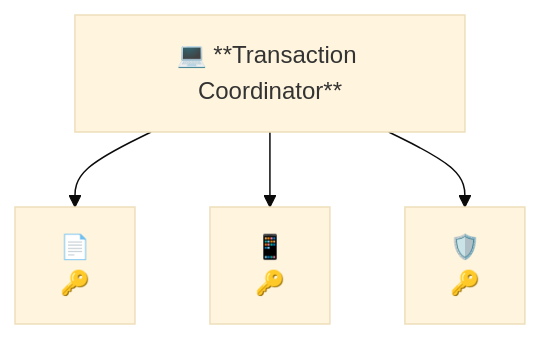
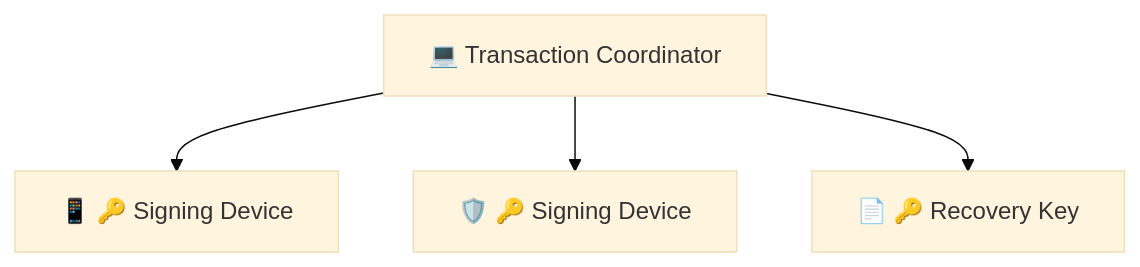
Before and after one commit to BlockchainCommons/SmartCustody: the first of 16 diagrams in Docs/Scenario-Multisig.md, drawn with Mermaid.

````diff
--- a/Docs/Scenario-Multisig.md
+++ b/Docs/Scenario-Multisig.md
@@ -18,14 +18,11 @@
 ```mermaid
 %%{init: {'theme': 'base', 'themeVariables': { 'fontSize': '50'}}}%%
     graph TD;
-    A["💻 **Transaction Coordinator**"]
-    B["📄
-    🔑"]
-    C["📱
-    🔑"]
-    D["🛡️
-    🔑"]
+    A["💻 Transaction Coordinator"]
+    B["📱 🔑 Signing Device"]
+    C["🛡️ 🔑 Signing Device"]
+    D["📄 🔑 Recovery Key"]
     A-->B;
     A-->C;
     A-->D;
 ```
````
